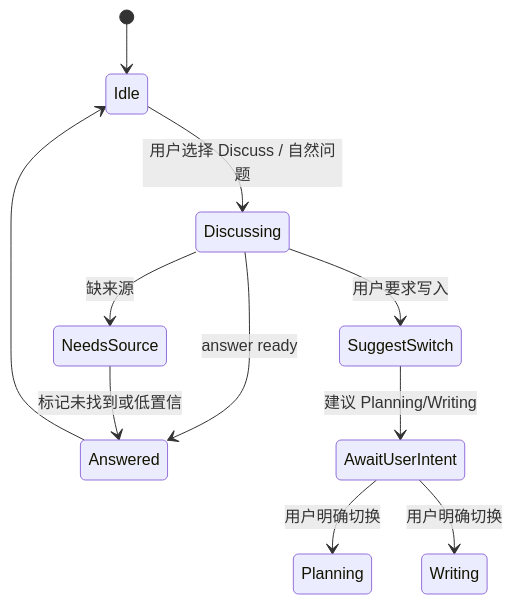
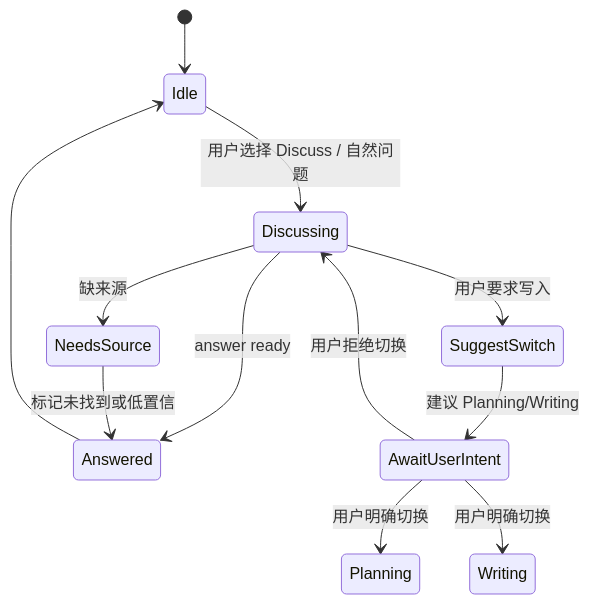
One commit to jinhuang712/open-novel changed the second of 2 diagrams in spec/M04-discuss-mode.md. Above: the diagram before and after it, drawn with Mermaid. The commit also changed other lines of this file and 50 other files, not shown here.

Commit message:
docs(todo): close architecture audit batches

````diff
--- a/spec/M04-discuss-mode.md
+++ b/spec/M04-discuss-mode.md
@@ -43,13 +43,14 @@
 ```mermaid
 stateDiagram-v2
   [*] --> Idle
   Idle --> Discussing: 用户选择 Discuss / 自然问题
   Discussing --> Answered: answer ready
   Discussing --> NeedsSource: 缺来源
   Discussing --> SuggestSwitch: 用户要求写入
   NeedsSource --> Answered: 标记未找到或低置信
   SuggestSwitch --> AwaitUserIntent: 建议 Planning/Writing
   AwaitUserIntent --> Planning: 用户明确切换
   AwaitUserIntent --> Writing: 用户明确切换
+  AwaitUserIntent --> Discussing: 用户拒绝切换
   Answered --> Idle
 ```
````
